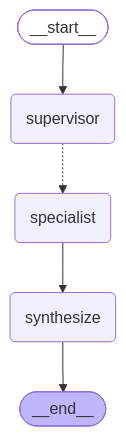
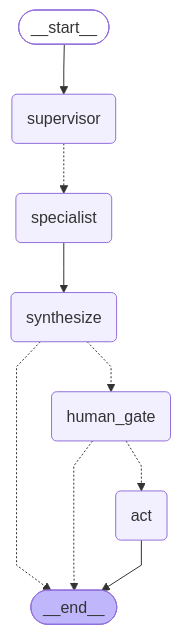
The diagram in docs/architecture/supervisor-graph.mmd (guillaume-flambard/usine), drawn with Mermaid before and after one commit. The commit also changed 20 other files, not shown here.

```diff
--- a/docs/architecture/supervisor-graph.mmd
+++ b/docs/architecture/supervisor-graph.mmd
@@ -1,18 +1,24 @@
 ---
 config:
   flowchart:
     curve: linear
 ---
 graph TD;
 	__start__([<p>__start__</p>]):::first
 	supervisor(supervisor)
 	specialist(specialist)
 	synthesize(synthesize)
+	human_gate(human_gate)
+	act(act)
 	__end__([<p>__end__</p>]):::last
 	__start__ --> supervisor;
+	human_gate -.-> __end__;
+	human_gate -.-> act;
 	specialist --> synthesize;
 	supervisor -.-> specialist;
-	synthesize --> __end__;
+	synthesize -.-> __end__;
+	synthesize -.-> human_gate;
+	act --> __end__;
 	classDef default fill:#f2f0ff,line-height:1.2
 	classDef first fill-opacity:0
 	classDef last fill:#bfb6fc
```
